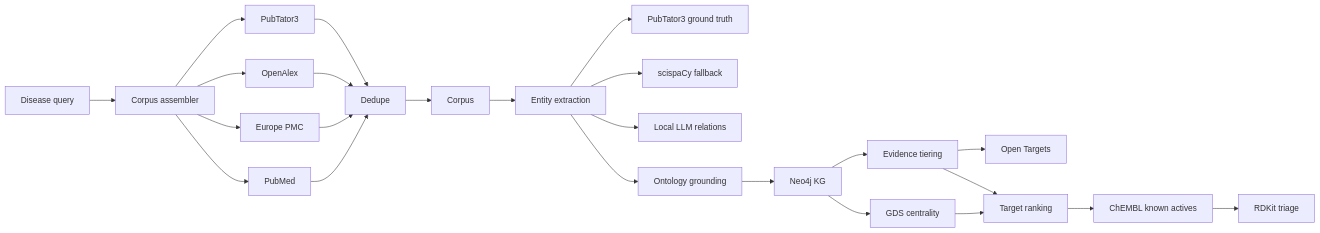
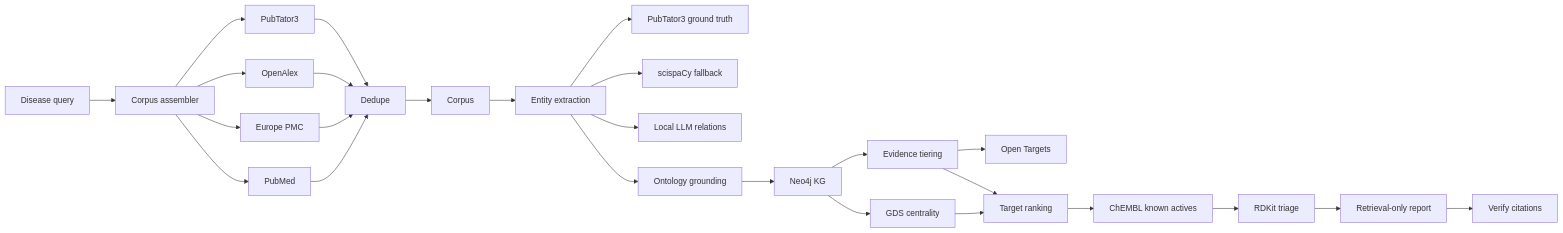
One commit to lysyloxidase/autonomous-drug-discovery-agent changed the diagram in docs/architecture.md. Above: the diagram before and after it, drawn with Mermaid. The commit also changed other lines of this file and 22 other files, not shown here.

Commit message:
feat: dual orchestrator (custom state machine + LangGraph parity) + citation-grounded report (retrieval-only citation) + post-hoc PMID verification (citation accuracy >= 0.95 gate) + validation-experiment suggestions (Phase 6)

````diff
--- a/docs/architecture.md
+++ b/docs/architecture.md
@@ -3,26 +3,28 @@
 ```mermaid
 flowchart LR
   Q[Disease query] --> M[Corpus assembler]
   M --> P[PubMed]
   M --> E[Europe PMC]
   M --> O[OpenAlex]
   M --> T[PubTator3]
   P --> D[Dedupe]
   E --> D
   O --> D
   T --> D
   D --> C[Corpus]
   C --> X[Entity extraction]
   X --> PT[PubTator3 ground truth]
   X --> SP[scispaCy fallback]
   X --> LLM[Local LLM relations]
   X --> G[Ontology grounding]
   G --> KG[Neo4j KG]
   KG --> CEN[GDS centrality]
   KG --> EV[Evidence tiering]
   EV --> OT[Open Targets]
   CEN --> R[Target ranking]
   EV --> R
   R --> CH[ChEMBL known actives]
   CH --> RD[RDKit triage]
+  RD --> REP[Retrieval-only report]
+  REP --> VC[Verify citations]
 ```
````
